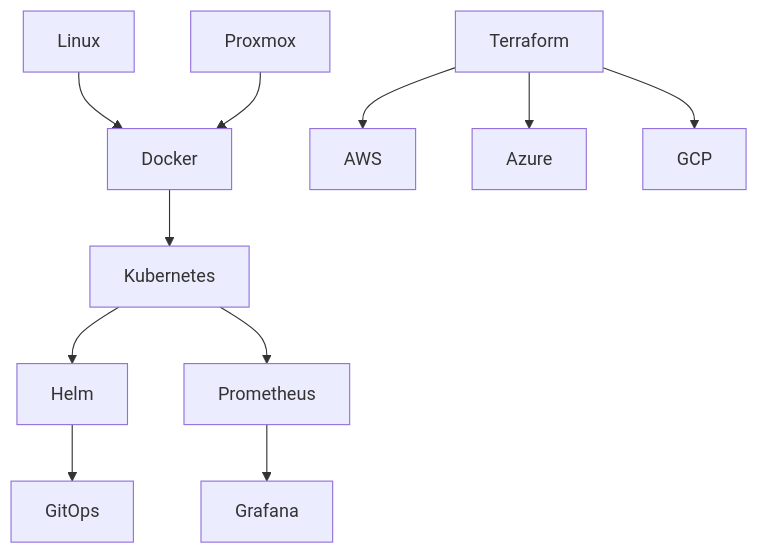
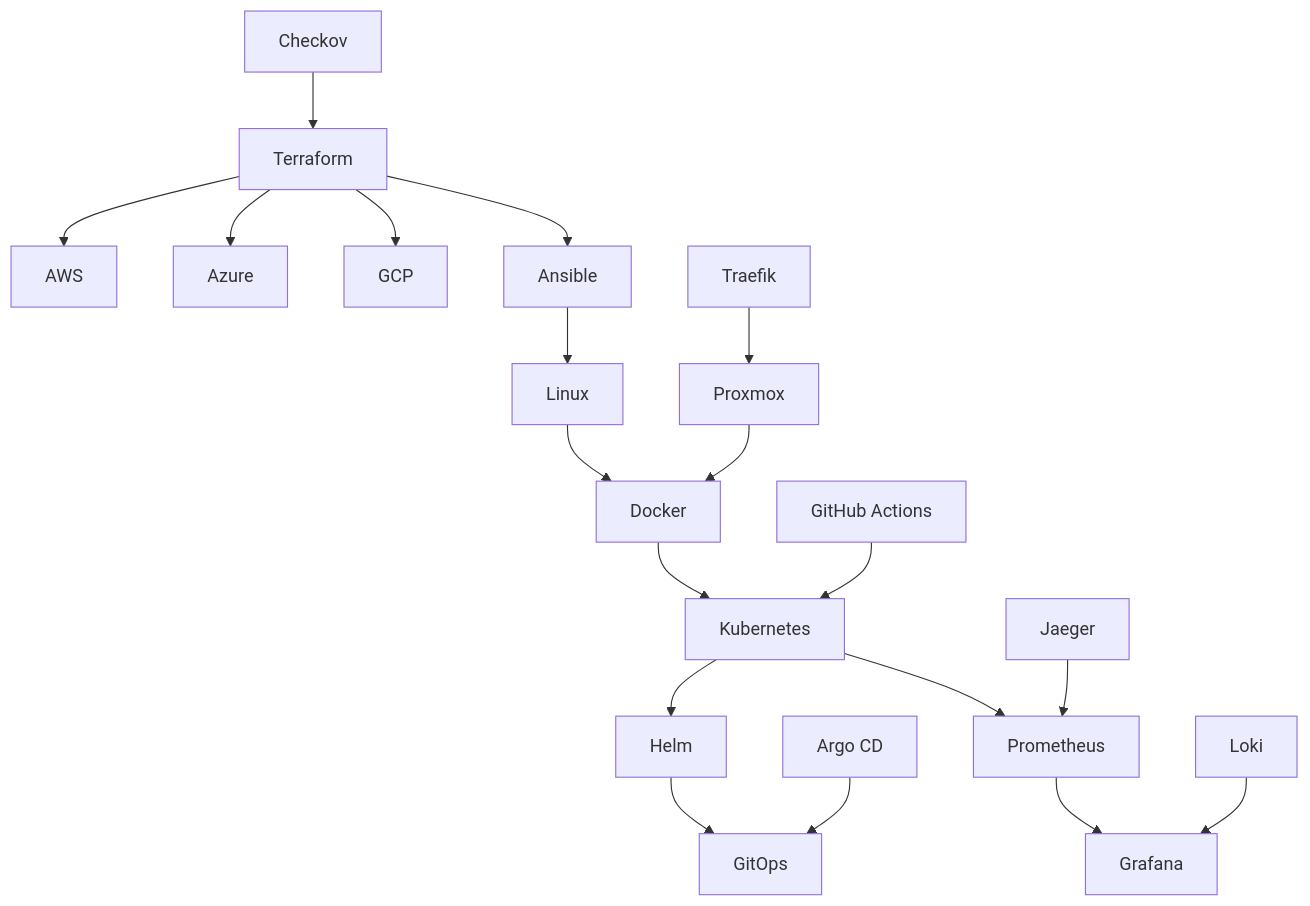
Before and after one commit to KirtiRamchandani/awesome-devops-cloud: the second of 2 diagrams in README.md, drawn with Mermaid. The commit also changed other lines of this file, not shown here.

````diff
--- a/README.md
+++ b/README.md
@@ -178,13 +189,21 @@
 ```mermaid
 flowchart TB
     L[Linux] --> D[Docker]
     D --> K[Kubernetes]
     K --> H[Helm]
     TF[Terraform] --> AWS[AWS]
     TF --> AZ[Azure]
     TF --> GCP[GCP]
     K --> PR[Prometheus]
     PR --> GR[Grafana]
     PX[Proxmox] --> D
     H --> GO[GitOps]
+    AN[Ansible] --> L
+    GH[GitHub Actions] --> K
+    TR[Traefik] --> PX
+    LO[Loki] --> GR
+    JA[Jaeger] --> PR
+    AR[Argo CD] --> GO
+    TF --> AN
+    CB[Checkov] --> TF
 ```
````
